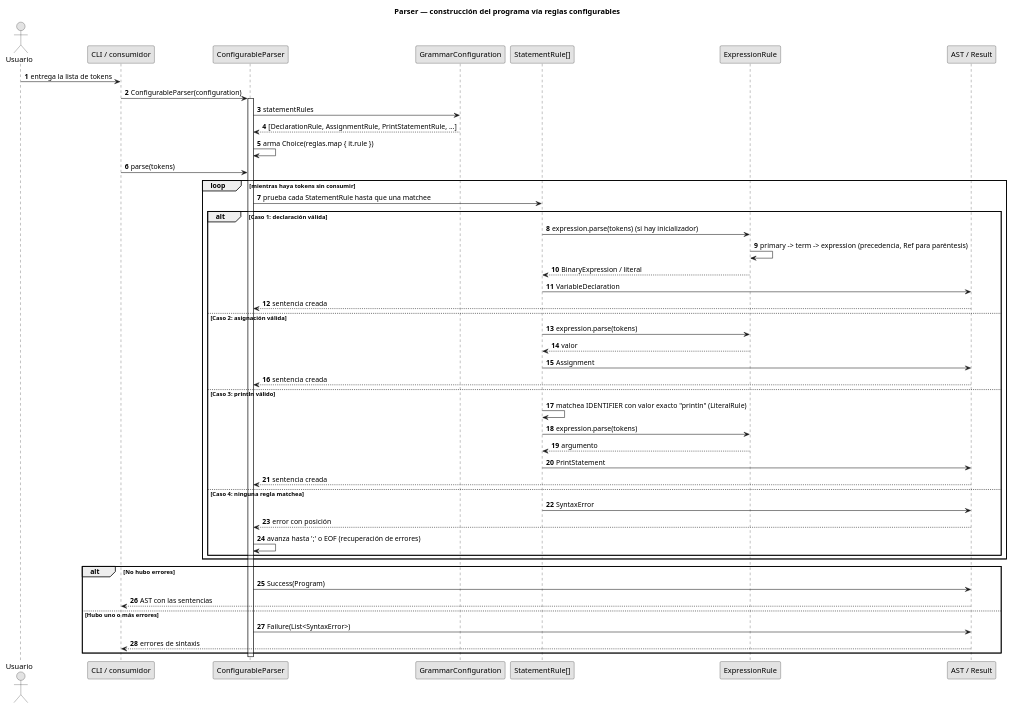
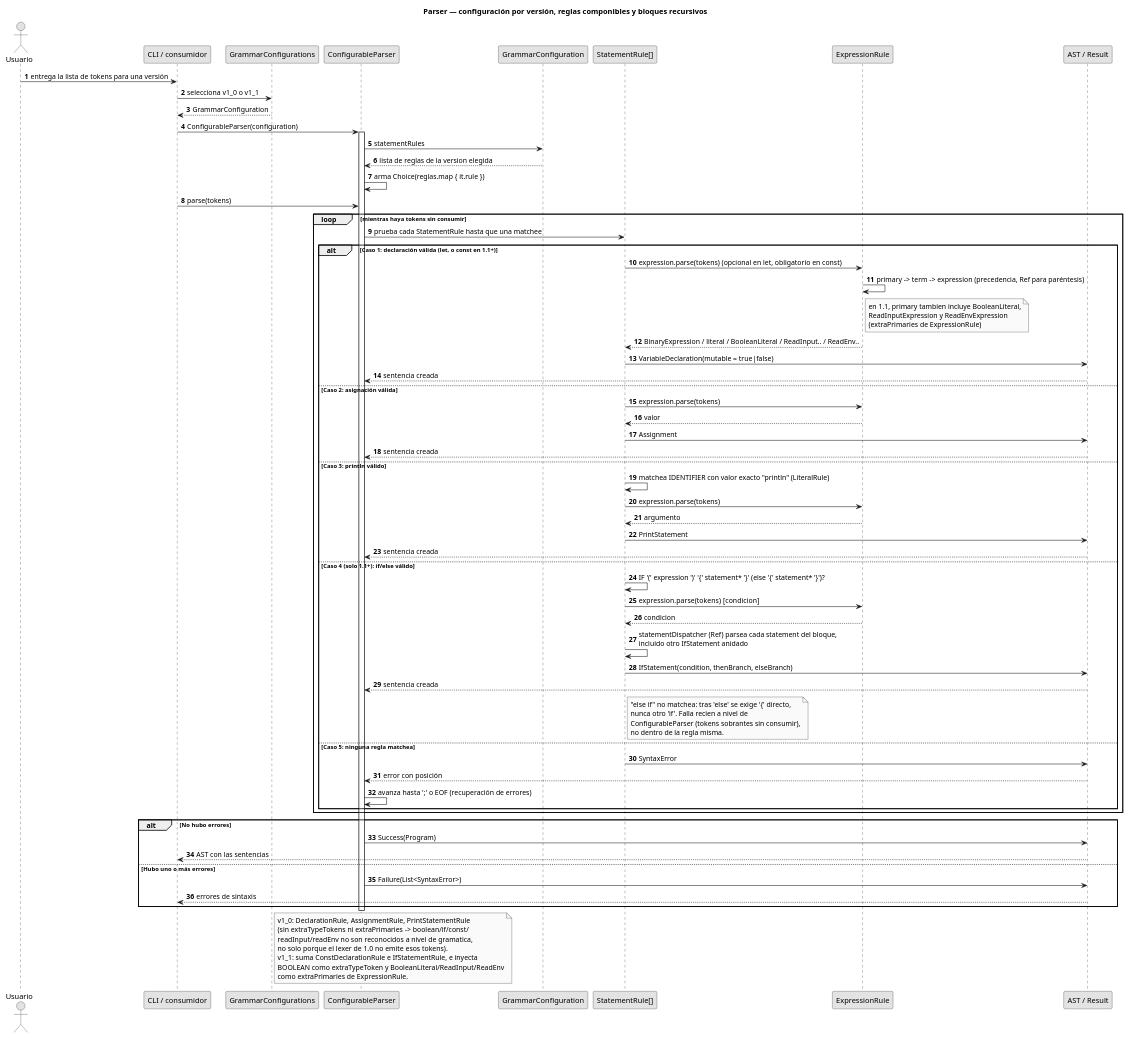
The diagram in docs/diagrams/parser-sequence.puml (printScript-ingsis-vlt/print-script-ingsis), drawn with PlantUML before and after one commit. The commit also changed 2 other files, not shown here.

Commit message:
docs(parser): documentar GrammarConfigurations v1_1 en ADR, diagrama de secuencia y line-life-cycle

```diff
--- a/docs/diagrams/parser-sequence.puml
+++ b/docs/diagrams/parser-sequence.puml
@@ -1,63 +1,95 @@
 @startuml
-title Parser — construcción del programa vía reglas configurables
+title Parser — configuración por versión, reglas componibles y bloques recursivos
 
 skinparam monochrome true
 skinparam shadowing false
 autonumber
 
 actor Usuario
 participant "CLI / consumidor" as Consumer
+participant "GrammarConfigurations" as Configurations
 participant "ConfigurableParser" as Parser
 participant "GrammarConfiguration" as Config
 participant "StatementRule[]" as Rules
 participant "ExpressionRule" as ExprRule
 participant "AST / Result" as Output
 
-Usuario -> Consumer : entrega la lista de tokens
+Usuario -> Consumer : entrega la lista de tokens para una versión
+Consumer -> Configurations : selecciona v1_0 o v1_1
+Configurations --> Consumer : GrammarConfiguration
 Consumer -> Parser : ConfigurableParser(configuration)
 activate Parser
 Parser -> Config : statementRules
-Config --> Parser : [DeclarationRule, AssignmentRule, PrintStatementRule, ...]
+Config --> Parser : lista de reglas de la version elegida
 Parser -> Parser : arma Choice(reglas.map { it.rule })
 
 Consumer -> Parser : parse(tokens)
 
 loop mientras haya tokens sin consumir
   Parser -> Rules : prueba cada StatementRule hasta que una matchee
 
-  alt Caso 1: declaración válida
-    Rules -> ExprRule : expression.parse(tokens) (si hay inicializador)
+  alt Caso 1: declaración válida (let, o const en 1.1+)
+    Rules -> ExprRule : expression.parse(tokens) (opcional en let, obligatorio en const)
     ExprRule -> ExprRule : primary -> term -> expression (precedencia, Ref para paréntesis)
-    ExprRule --> Rules : BinaryExpression / literal
-    Rules -> Output : VariableDeclaration
+    note right of ExprRule
+      en 1.1, primary tambien incluye BooleanLiteral,
+      ReadInputExpression y ReadEnvExpression
+      (extraPrimaries de ExpressionRule)
+    end note
+    ExprRule --> Rules : BinaryExpression / literal / BooleanLiteral / ReadInput.. / ReadEnv..
+    Rules -> Output : VariableDeclaration(mutable = true|false)
     Output --> Parser : sentencia creada
 
   else Caso 2: asignación válida
     Rules -> ExprRule : expression.parse(tokens)
     ExprRule --> Rules : valor
     Rules -> Output : Assignment
     Output --> Parser : sentencia creada
 
   else Caso 3: println válido
     Rules -> Rules : matchea IDENTIFIER con valor exacto "println" (LiteralRule)
     Rules -> ExprRule : expression.parse(tokens)
     ExprRule --> Rules : argumento
     Rules -> Output : PrintStatement
     Output --> Parser : sentencia creada
 
-  else Caso 4: ninguna regla matchea
+  else Caso 4 (solo 1.1+): if/else válido
+    Rules -> Rules : IF '(' expression ')' '{' statement* '}' (else '{' statement* '}')?
+    Rules -> ExprRule : expression.parse(tokens)  [condicion]
+    ExprRule --> Rules : condicion
+    Rules -> Rules : statementDispatcher (Ref) parsea cada statement del bloque,\nincluido otro IfStatement anidado
+    Rules -> Output : IfStatement(condition, thenBranch, elseBranch)
+    Output --> Parser : sentencia creada
+    note right of Rules
+      "else if" no matchea: tras 'else' se exige '{' directo,
+      nunca otro 'if'. Falla recien a nivel de
+      ConfigurableParser (tokens sobrantes sin consumir),
+      no dentro de la regla misma.
+    end note
+
+  else Caso 5: ninguna regla matchea
     Rules -> Output : SyntaxError
     Output --> Parser : error con posición
     Parser -> Parser : avanza hasta ';' o EOF (recuperación de errores)
   end
 end
 
 alt No hubo errores
   Parser -> Output : Success(Program)
   Output --> Consumer : AST con las sentencias
 else Hubo uno o más errores
   Parser -> Output : Failure(List<SyntaxError>)
   Output --> Consumer : errores de sintaxis
 end
 deactivate Parser
+
+note right of Configurations
+v1_0: DeclarationRule, AssignmentRule, PrintStatementRule
+(sin extraTypeTokens ni extraPrimaries -> boolean/if/const/
+readInput/readEnv no son reconocidos a nivel de gramatica,
+no solo porque el lexer de 1.0 no emite esos tokens).
+v1_1: suma ConstDeclarationRule e IfStatementRule, e inyecta
+BOOLEAN como extraTypeToken y BooleanLiteral/ReadInput/ReadEnv
+como extraPrimaries de ExpressionRule.
+end note
 @enduml
```
